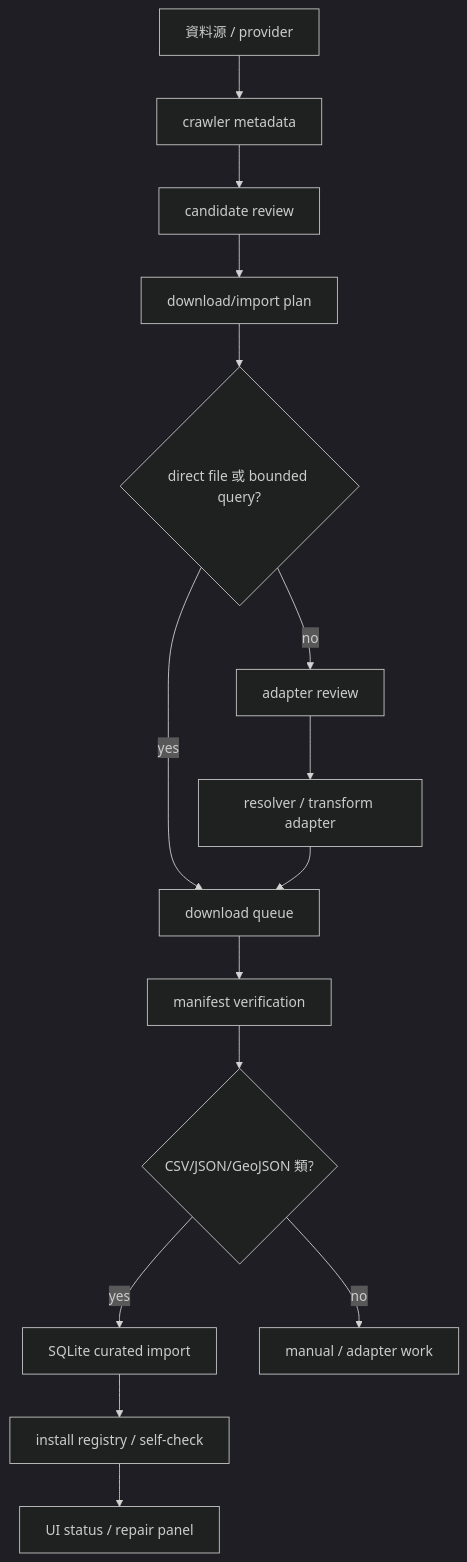
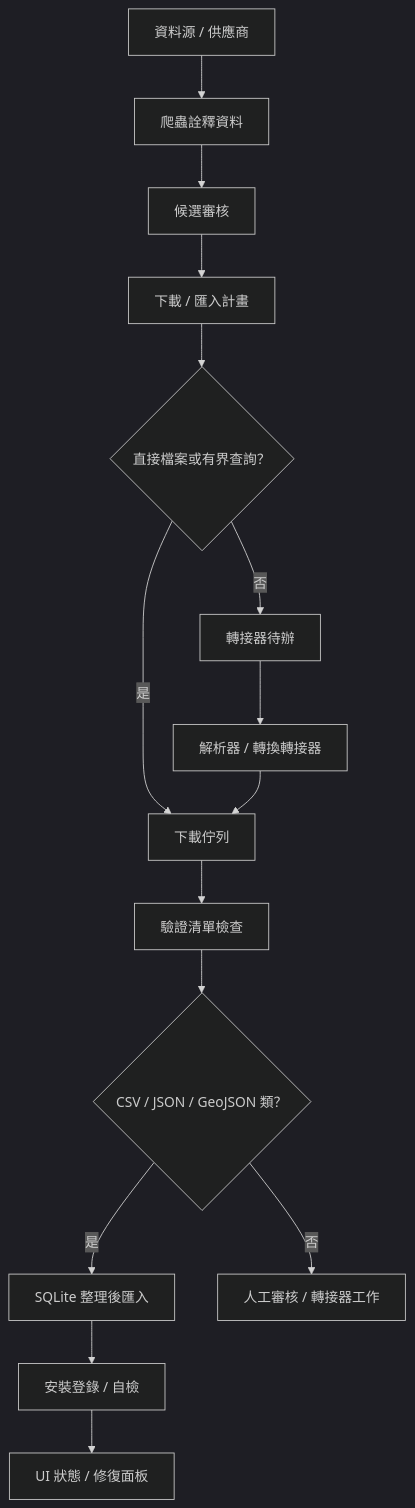
The diagram in docs/MVP_FLOW_AUDIT.zh-TW.md (YanAnnLu/APIkeys_collection), drawn with Mermaid (dark theme) before and after one commit. The commit also changed 17 other files, not shown here.

````diff
--- a/docs/MVP_FLOW_AUDIT.zh-TW.md
+++ b/docs/MVP_FLOW_AUDIT.zh-TW.md
@@ -9,17 +9,17 @@
 ```mermaid
 flowchart TD
-    A["資料源 / provider"] --> B["crawler metadata"]
-    B --> C["candidate review"]
-    C --> D["download/import plan"]
-    D --> E{"direct file 或 bounded query?"}
-    E -- yes --> F["download queue"]
-    E -- no --> G["adapter review"]
-    G --> H["resolver / transform adapter"]
+    A["資料源 / 供應商"] --> B["爬蟲詮釋資料"]
+    B --> C["候選審核"]
+    C --> D["下載 / 匯入計畫"]
+    D --> E{"直接檔案或有界查詢？"}
+    E -- 是 --> F["下載佇列"]
+    E -- 否 --> G["轉接器待辦"]
+    G --> H["解析器 / 轉換轉接器"]
     H --> F
-    F --> I["manifest verification"]
-    I --> J{"CSV/JSON/GeoJSON 類?"}
-    J -- yes --> K["SQLite curated import"]
-    J -- no --> L["manual / adapter work"]
-    K --> M["install registry / self-check"]
-    M --> N["UI status / repair panel"]
+    F --> I["驗證清單檢查"]
+    I --> J{"CSV / JSON / GeoJSON 類？"}
+    J -- 是 --> K["SQLite 整理後匯入"]
+    J -- 否 --> L["人工審核 / 轉接器工作"]
+    K --> M["安裝登錄 / 自檢"]
+    M --> N["UI 狀態 / 修復面板"]
 ```
````
